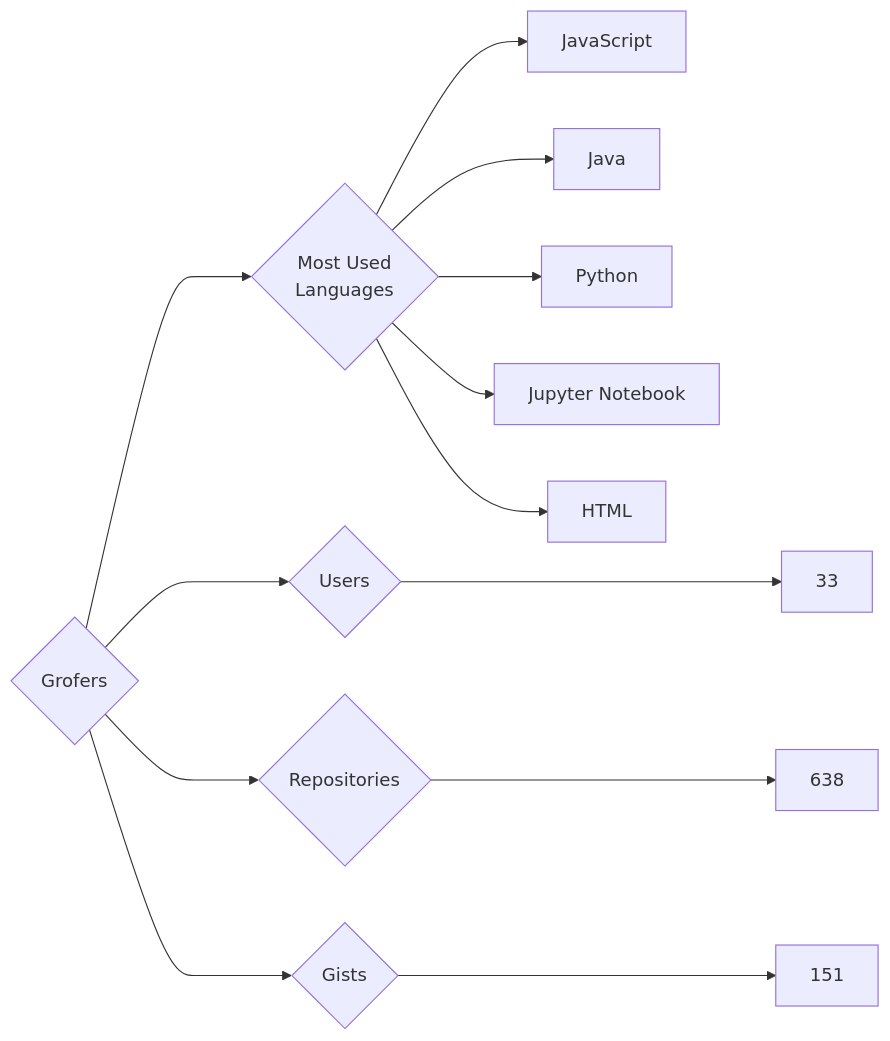
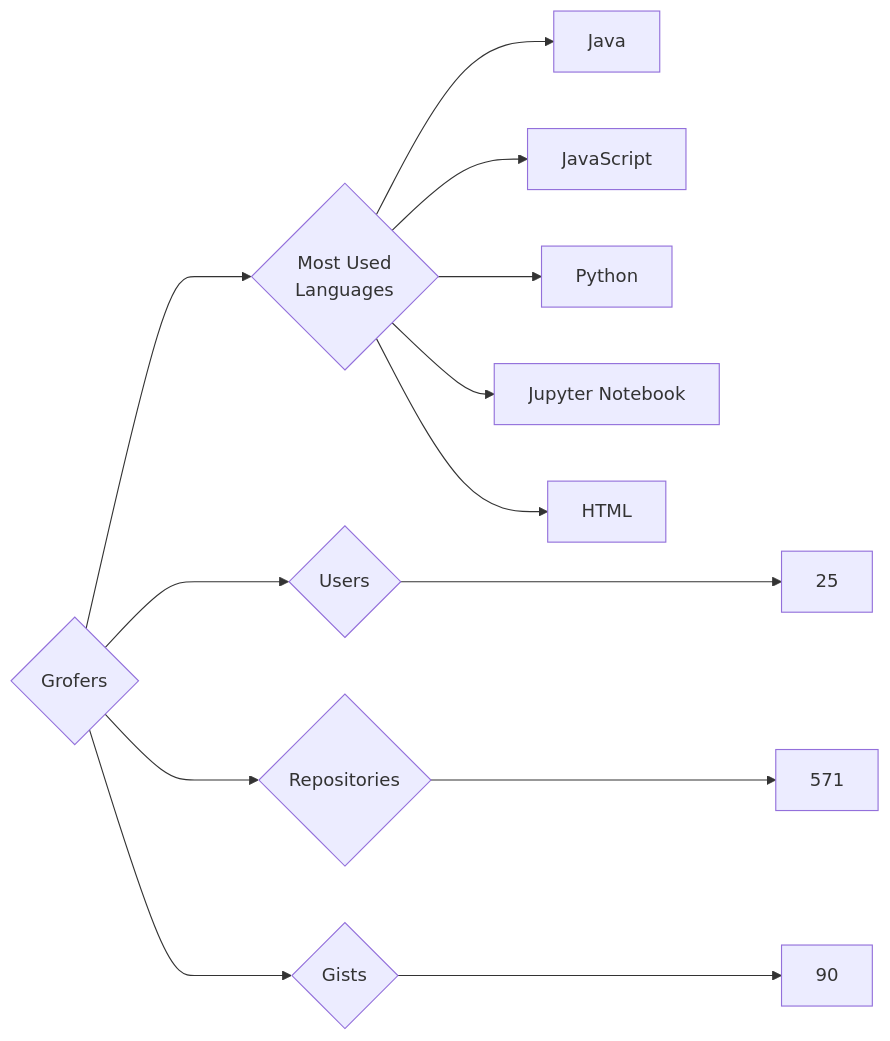
Before and after one commit to trickest/insiders: the diagram in targets/Grofers/README.md, drawn with Mermaid. The commit also changed 786 other files, not shown here.

````diff
--- a/targets/Grofers/README.md
+++ b/targets/Grofers/README.md
@@ -3,13 +3,13 @@
 ```mermaid
 graph LR
 COMPANY_NAME{Grofers}
-COMPANY_NAME ---> U{Users} ---> UN[33]
-COMPANY_NAME ---> R{Repositories} ---> RN[638]
-COMPANY_NAME ---> G{Gists} ---> GN[151]
+COMPANY_NAME ---> U{Users} ---> UN[25]
+COMPANY_NAME ---> R{Repositories} ---> RN[571]
+COMPANY_NAME ---> G{Gists} ---> GN[90]
 COMPANY_NAME ---> ML{Most Used<br>Languages}
+ML --> Java[Java]
 ML --> JavaScript[JavaScript]
-ML --> Java[Java]
 ML --> Python[Python]
 ML --> Jupyter_Notebook[Jupyter Notebook]
 ML --> HTML[HTML]
 ```
````
